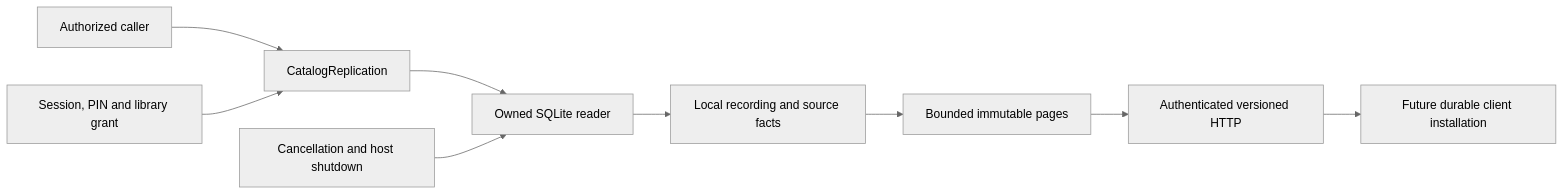
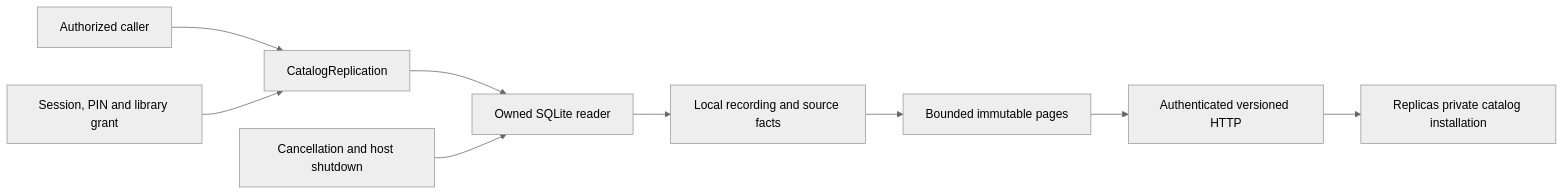
One commit to acidiney/hitoapp changed the first of 2 diagrams in docs/catalog-replication.md. Above: the diagram before and after it, drawn with Mermaid (neutral theme). The commit also changed other lines of this file and 4 other files, not shown here.

Commit message:
Document private catalog cache ownership and qualification

````diff
--- a/docs/catalog-replication.md
+++ b/docs/catalog-replication.md
@@ -9,11 +9,11 @@
 ```mermaid
 flowchart LR
     Caller[Authorized caller] --> Capability[CatalogReplication]
     Capability --> Reader[Owned SQLite reader]
     Reader --> Facts[Local recording and source facts]
     Facts --> Pages[Bounded immutable pages]
     Pages --> HTTP[Authenticated versioned HTTP]
-    HTTP --> Consumer[Future durable client installation]
+    HTTP --> Consumer[Replicas private catalog installation]
     Authority[Session, PIN and library grant] --> Capability
     Stop[Cancellation and host shutdown] --> Reader
 ```
````
